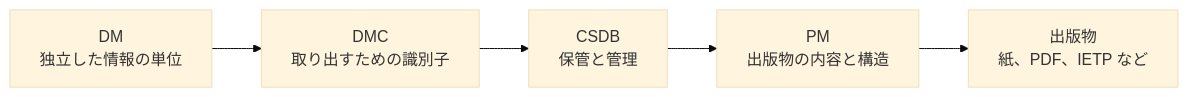
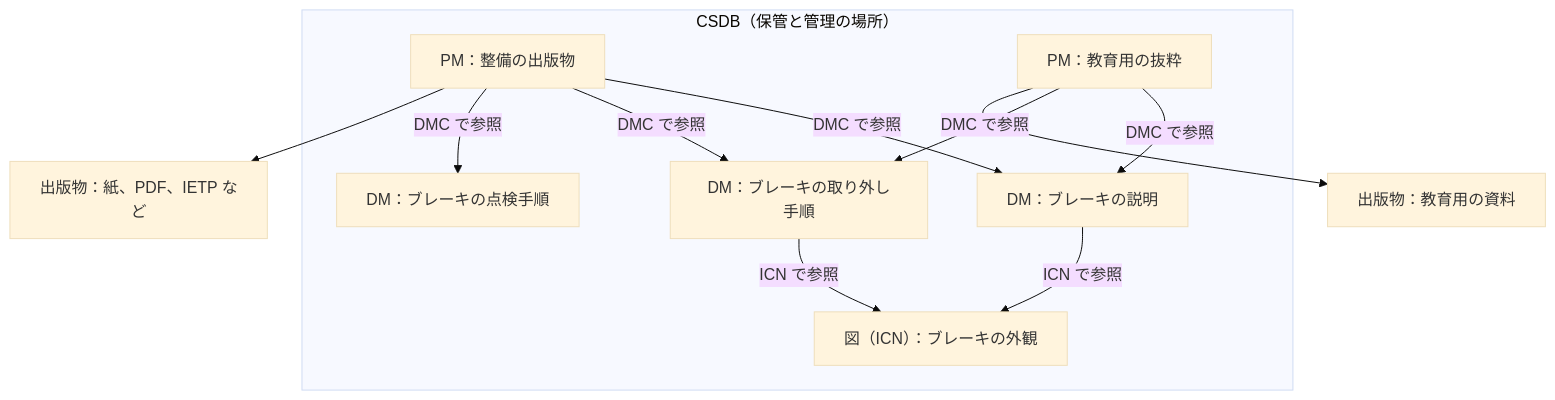
Before and after one commit to shuji-bonji/zenn-articles: the diagram in books/s1000d-intro/core-concepts.md, drawn with Mermaid (base theme). The commit also changed other lines of this file and 3 other files, not shown here.

First line of the commit message:
docs: S1000D の構成図、DMC の分解図、適用の 2 つの単位の図を追加

````diff
--- a/books/s1000d-intro/core-concepts.md
+++ b/books/s1000d-intro/core-concepts.md
@@ -24,12 +26,20 @@
 ```mermaid
-flowchart LR
-  DM["DM<br/>独立した情報の単位"]
-  DMC["DMC<br/>取り出すための識別子"]
-  CSDB["CSDB<br/>保管と管理"]
-  PM["PM<br/>出版物の内容と構造"]
-  OUT["出版物<br/>紙、PDF、IETP など"]
-  DM --> DMC
-  DMC --> CSDB
-  CSDB --> PM
-  PM --> OUT
+flowchart TB
+  subgraph CSDB["CSDB（保管と管理の場所）"]
+    PM1["PM：整備の出版物"]
+    PM2["PM：教育用の抜粋"]
+    DM1["DM：ブレーキの説明"]
+    DM2["DM：ブレーキの取り外し手順"]
+    DM3["DM：ブレーキの点検手順"]
+    ICN1["図（ICN）：ブレーキの外観"]
+  end
+  PM1 -- "DMC で参照" --> DM1
+  PM1 -- "DMC で参照" --> DM2
+  PM1 -- "DMC で参照" --> DM3
+  PM2 -- "DMC で参照" --> DM1
+  PM2 -- "DMC で参照" --> DM2
+  DM1 -- "ICN で参照" --> ICN1
+  DM2 -- "ICN で参照" --> ICN1
+  PM1 --> OUT1["出版物：紙、PDF、IETP など"]
+  PM2 --> OUT2["出版物：教育用の資料"]
 ```
````
